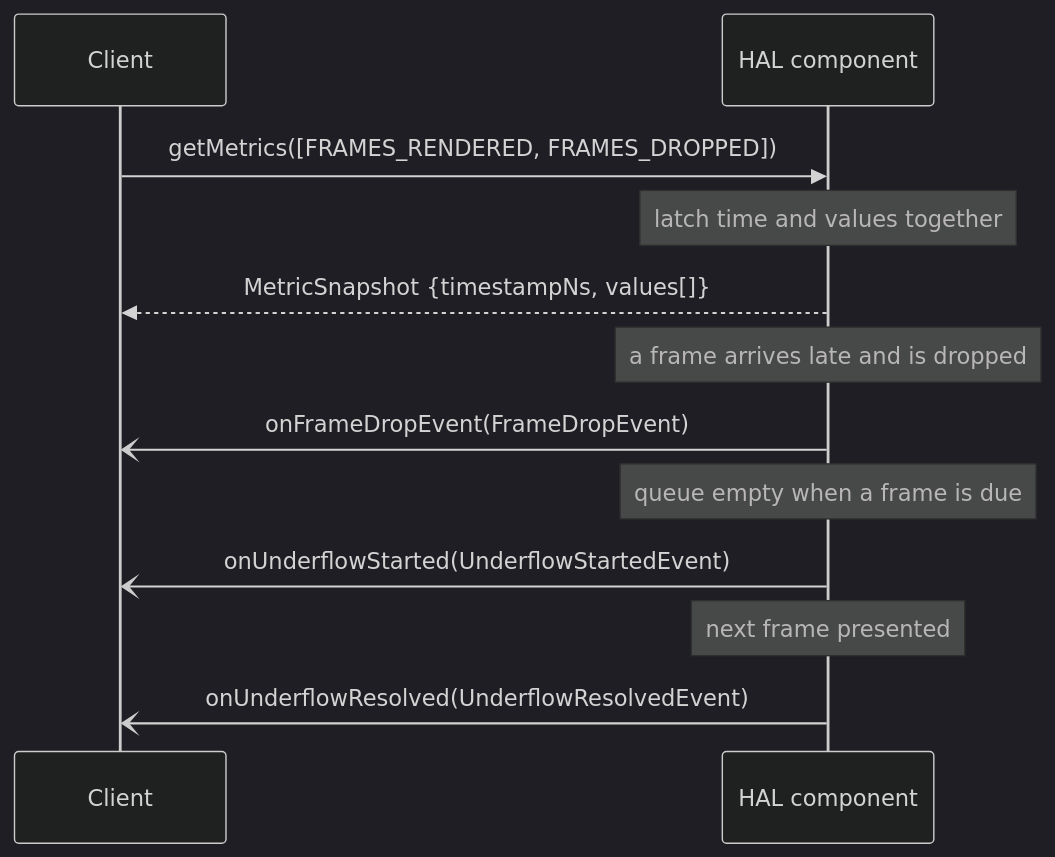
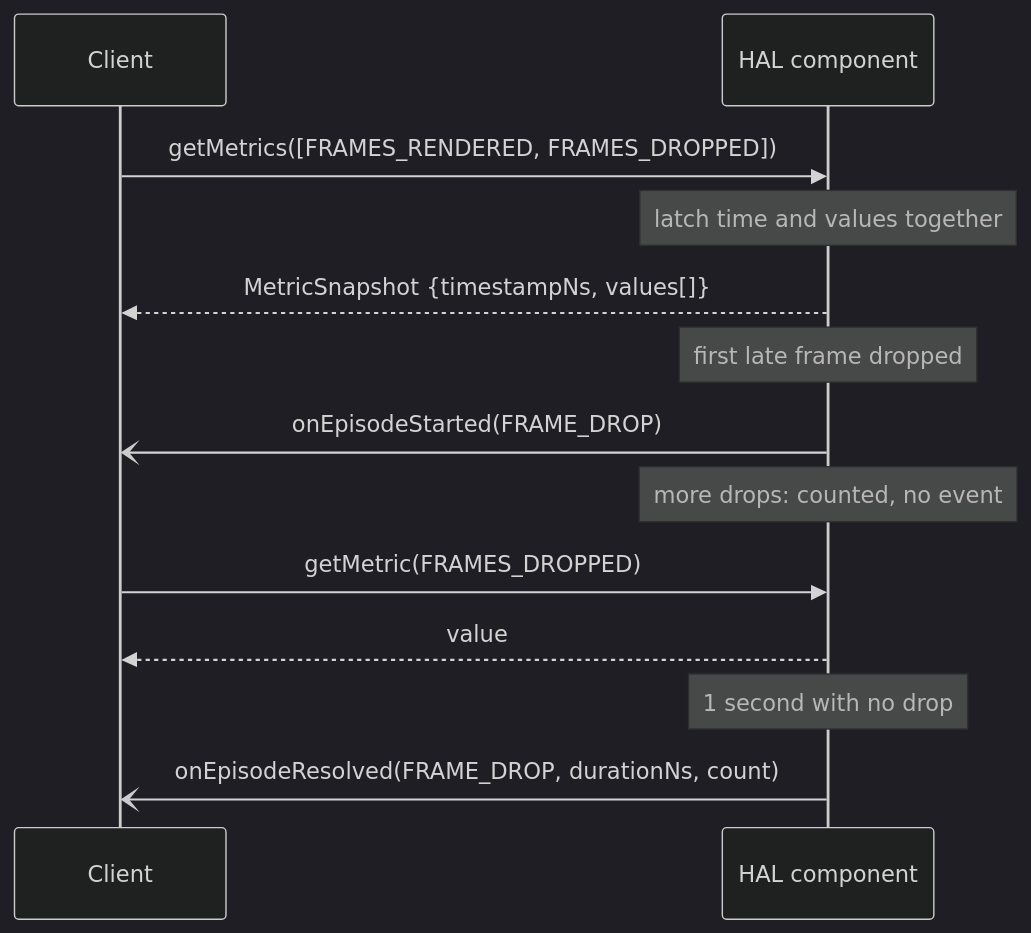
The diagram in docs/standards/hal_metrics_pattern.md (rdkcentral/rdk-halif-aidl), drawn with Mermaid (dark theme) before and after one commit. The commit also changed other lines of this file and 47 other files, not shown here.

````diff
--- a/docs/standards/hal_metrics_pattern.md
+++ b/docs/standards/hal_metrics_pattern.md
@@ -5,14 +5,15 @@
 ```mermaid
 sequenceDiagram
     participant C as Client
     participant H as HAL component
     C->>H: getMetrics([FRAMES_RENDERED, FRAMES_DROPPED])
     Note over H: latch time and values together
     H-->>C: MetricSnapshot {timestampNs, values[]}
-    Note over H: a frame arrives late and is dropped
-    H-)C: onFrameDropEvent(FrameDropEvent)
-    Note over H: queue empty when a frame is due
-    H-)C: onUnderflowStarted(UnderflowStartedEvent)
-    Note over H: next frame presented
-    H-)C: onUnderflowResolved(UnderflowResolvedEvent)
+    Note over H: first late frame dropped
+    H-)C: onEpisodeStarted(FRAME_DROP)
+    Note over H: more drops: counted, no event
+    C->>H: getMetric(FRAMES_DROPPED)
+    H-->>C: value
+    Note over H: 1 second with no drop
+    H-)C: onEpisodeResolved(FRAME_DROP, durationNs, count)
 ```
````
